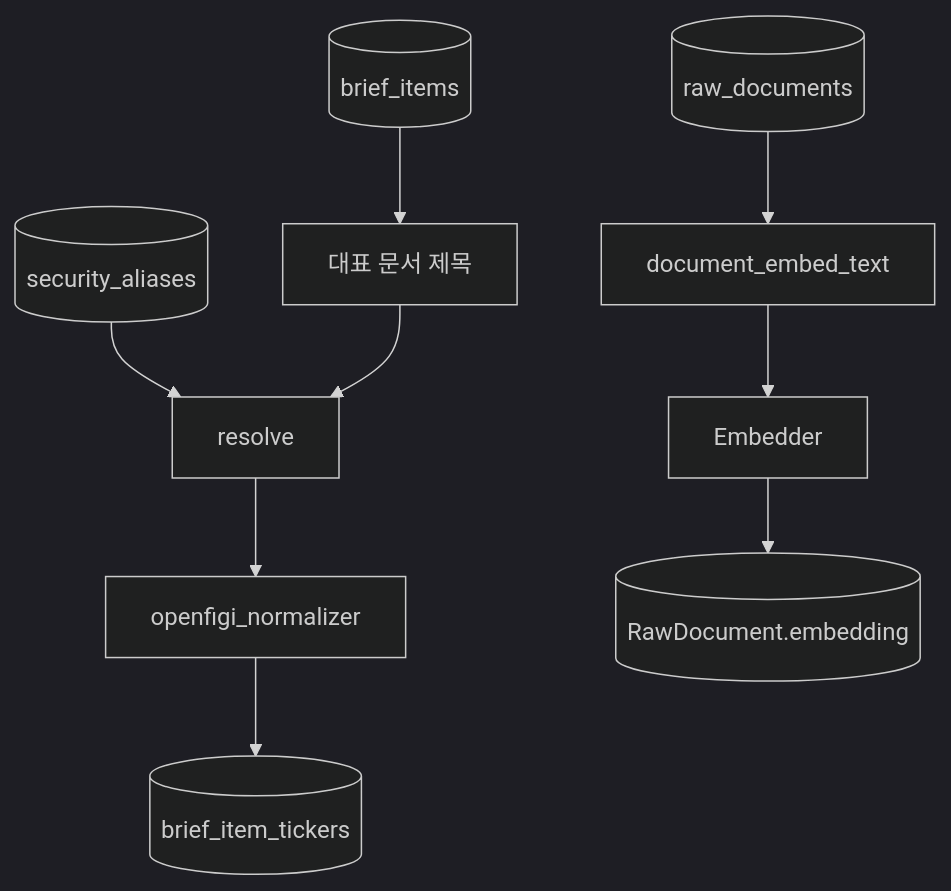
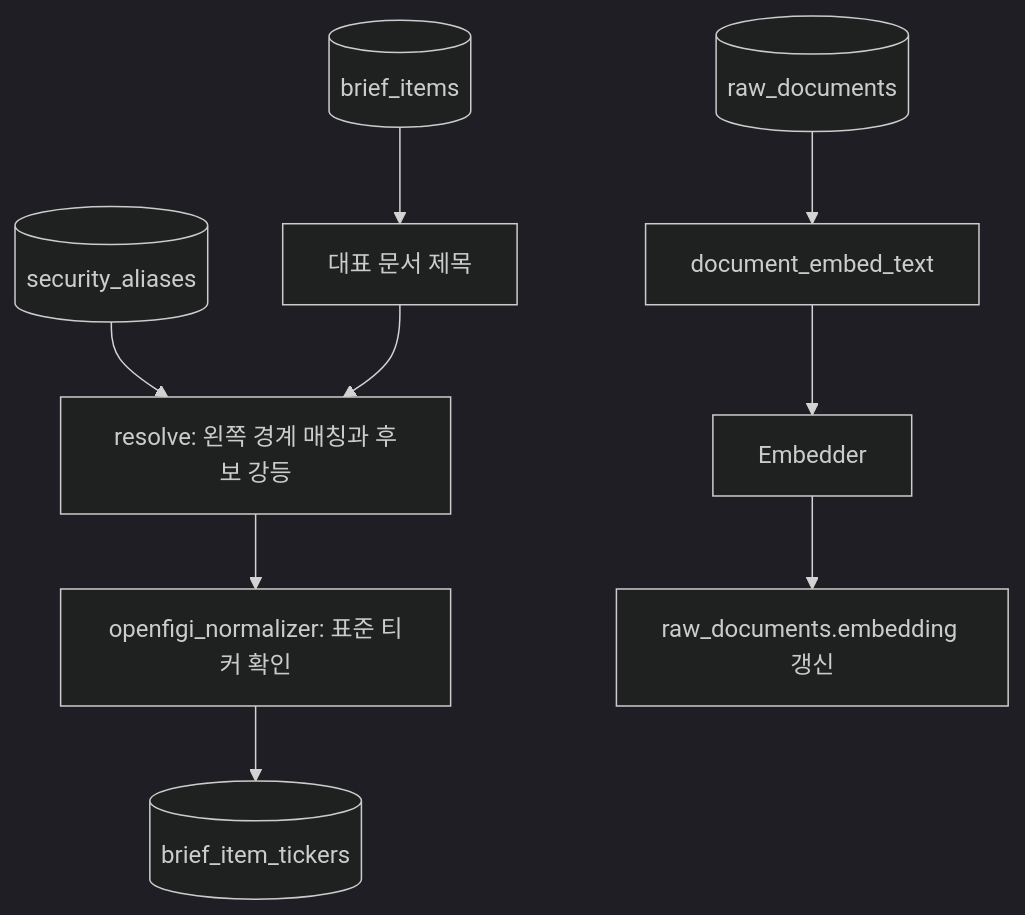
Before and after one commit to SJayKim/finance_agent: the fourth of 5 diagrams in docs/learnings/03-impact-pipeline.md, drawn with Mermaid (dark theme). The commit also changed other lines of this file and 10 other files, not shown here.

````diff
--- a/docs/learnings/03-impact-pipeline.md
+++ b/docs/learnings/03-impact-pipeline.md
@@ -89,11 +109,11 @@
 ```mermaid
 flowchart TD
     Briefs[(brief_items)] --> Title[대표 문서 제목]
-    Aliases[(security_aliases)] --> Resolve[resolve]
+    Aliases[(security_aliases)] --> Resolve[resolve: 왼쪽 경계 매칭과 후보 강등]
     Title --> Resolve
-    Resolve --> OpenFIGI[openfigi_normalizer]
+    Resolve --> OpenFIGI[openfigi_normalizer: 표준 티커 확인]
     OpenFIGI --> Tickers[(brief_item_tickers)]
     Raw[(raw_documents)] --> EmbedText[document_embed_text]
     EmbedText --> Embedder[Embedder]
-    Embedder --> RawEmbedding[(RawDocument.embedding)]
+    Embedder --> RawEmbedding[raw_documents.embedding 갱신]
 ```
````
